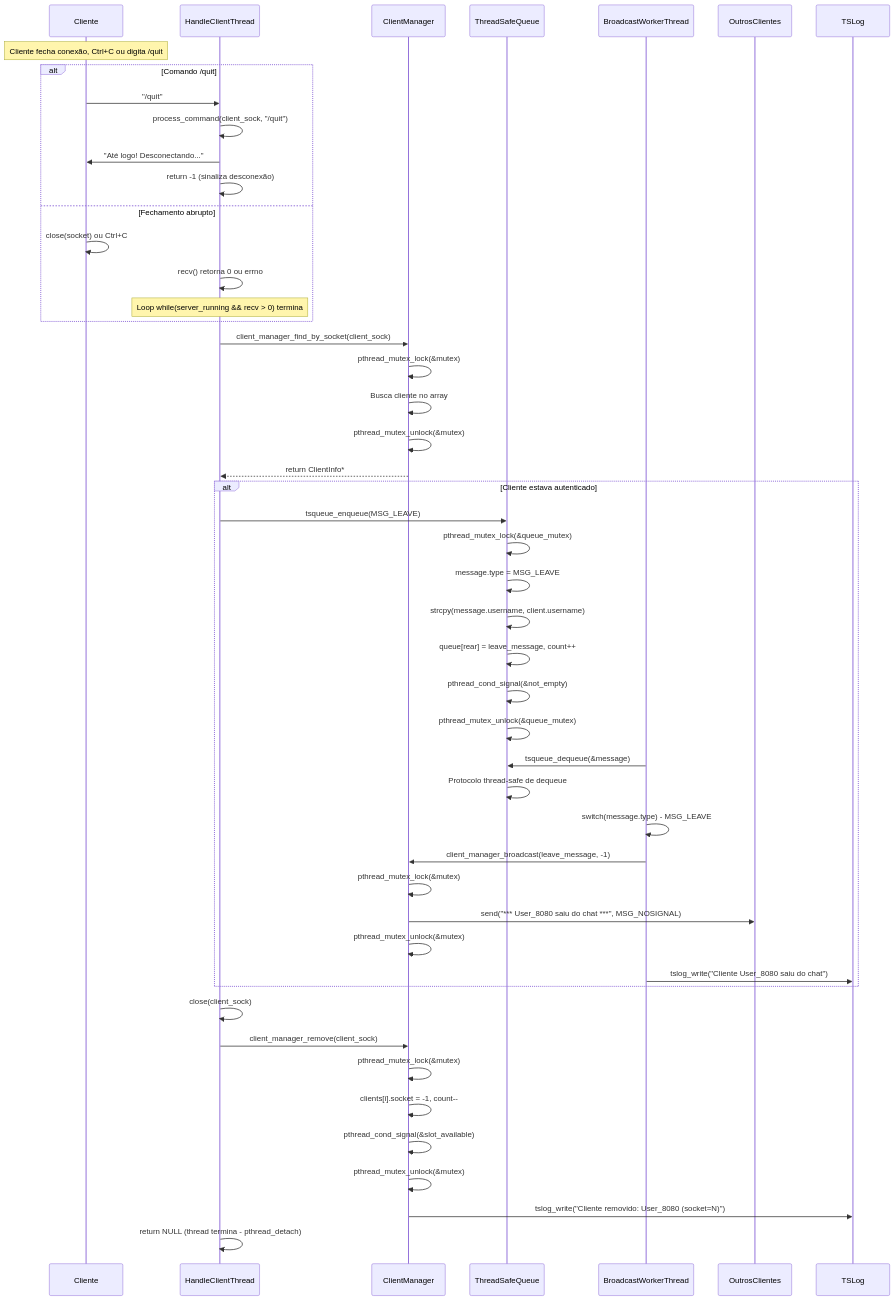
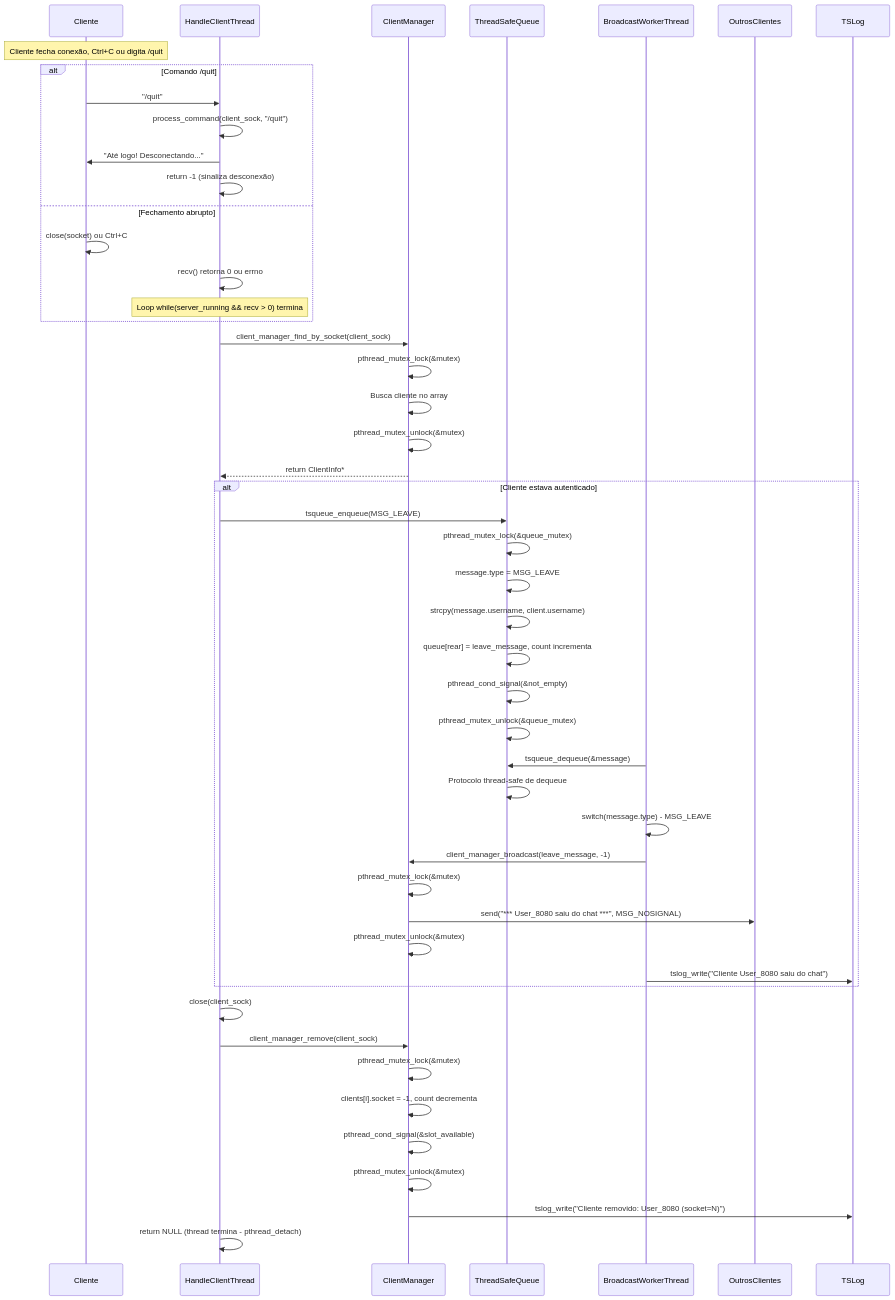
The fourth of 6 diagrams in docs/sequence_diagrams.md (tahaluh/lp2-chat-tcp), drawn with Mermaid before and after one commit. The commit also changed other lines of this file, not shown here.

Commit message:
fix: update sequence diagrams with Portuguese translations for conditions and actions

````diff
--- a/docs/sequence_diagrams.md
+++ b/docs/sequence_diagrams.md
@@ -163,60 +163,60 @@
 ```mermaid
 sequenceDiagram
     participant C as Cliente
     participant HT as HandleClientThread
     participant CM as ClientManager
     participant Q as ThreadSafeQueue
     participant BW as BroadcastWorkerThread
     participant Others as OutrosClientes
     participant L as TSLog
 
     Note over C: Cliente fecha conexão, Ctrl+C ou digita /quit
     
     alt Comando /quit
         C->>HT: "/quit"
         HT->>HT: process_command(client_sock, "/quit")
         HT->>C: "Até logo! Desconectando..."
         HT->>HT: return -1 (sinaliza desconexão)
     else Fechamento abrupto
         C->>C: close(socket) ou Ctrl+C
         HT->>HT: recv() retorna 0 ou errno
         Note over HT: Loop while(server_running && recv > 0) termina
     end
     
     HT->>CM: client_manager_find_by_socket(client_sock)
     CM->>CM: pthread_mutex_lock(&mutex)
     CM->>CM: Busca cliente no array
     CM->>CM: pthread_mutex_unlock(&mutex)
     CM-->>HT: return ClientInfo*
     
     alt Cliente estava autenticado
         HT->>Q: tsqueue_enqueue(MSG_LEAVE)
         Q->>Q: pthread_mutex_lock(&queue_mutex)
         Q->>Q: message.type = MSG_LEAVE
         Q->>Q: strcpy(message.username, client.username)
-        Q->>Q: queue[rear] = leave_message, count++
+        Q->>Q: queue[rear] = leave_message, count incrementa
         Q->>Q: pthread_cond_signal(&not_empty)
         Q->>Q: pthread_mutex_unlock(&queue_mutex)
         
         BW->>Q: tsqueue_dequeue(&message)
         Q->>Q: Protocolo thread-safe de dequeue
         
         BW->>BW: switch(message.type) - MSG_LEAVE
         BW->>CM: client_manager_broadcast(leave_message, -1)
         CM->>CM: pthread_mutex_lock(&mutex)
         CM->>Others: send("*** User_8080 saiu do chat ***", MSG_NOSIGNAL)
         CM->>CM: pthread_mutex_unlock(&mutex)
         
         BW->>L: tslog_write("Cliente User_8080 saiu do chat")
     end
     
     HT->>HT: close(client_sock)
     HT->>CM: client_manager_remove(client_sock)
     CM->>CM: pthread_mutex_lock(&mutex)
-    CM->>CM: clients[i].socket = -1, count--
+    CM->>CM: clients[i].socket = -1, count decrementa
     CM->>CM: pthread_cond_signal(&slot_available)  
     CM->>CM: pthread_mutex_unlock(&mutex)
     CM->>L: tslog_write("Cliente removido: User_8080 (socket=N)")
     
     HT->>HT: return NULL (thread termina - pthread_detach)
 ```
````
